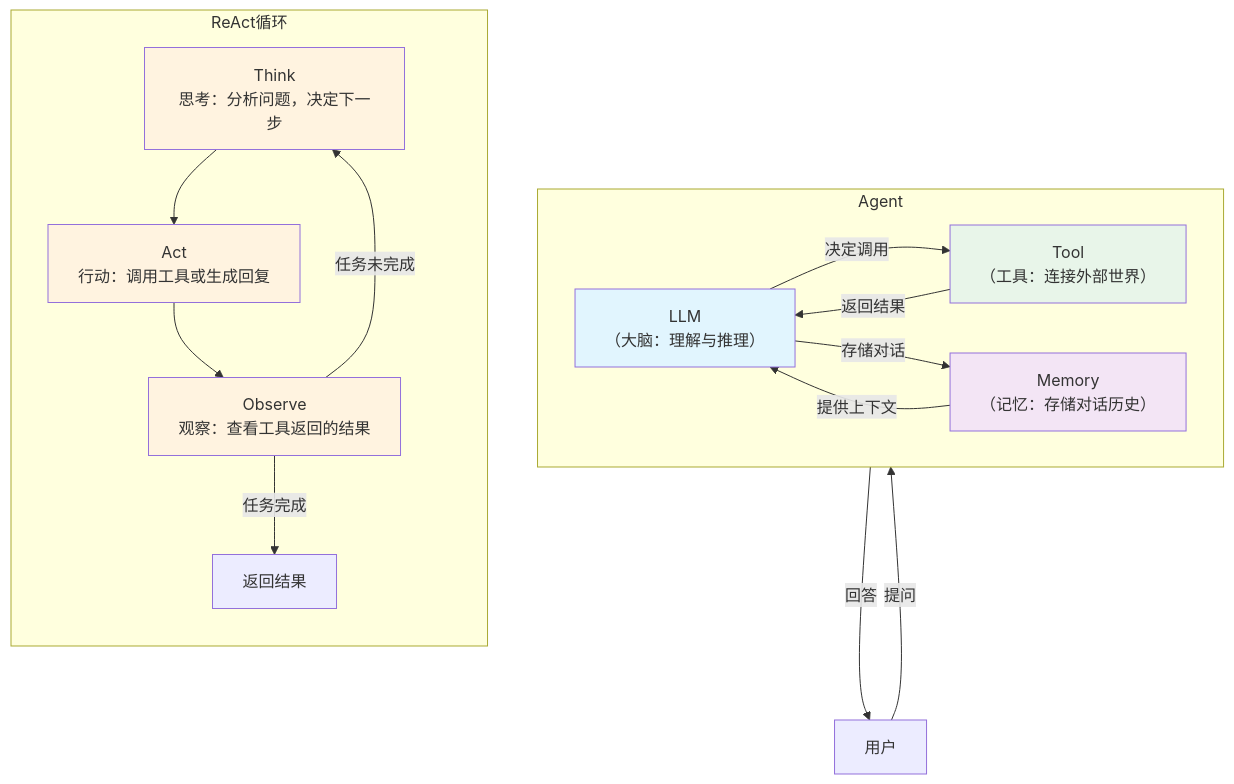
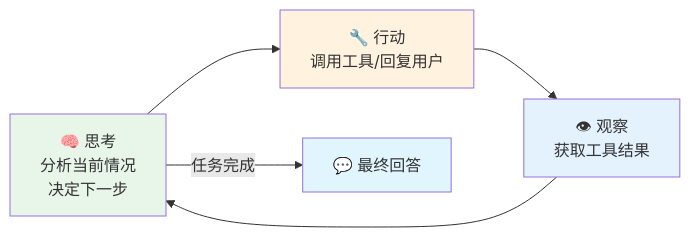
The second of 2 diagrams in teaching/book/volume-0-basics/ch02-what-is-agent.md (agentscope-ai/agentscope), drawn with Mermaid before and after one commit. The commit also changed other lines of this file, not shown here.

First line of the commit message:
docs: write ch02 - what is Agent

````diff
--- a/teaching/book/volume-0-basics/ch02-what-is-agent.md
+++ b/teaching/book/volume-0-basics/ch02-what-is-agent.md
@@ -137,31 +153,13 @@
 ```mermaid
-graph TB
-    subgraph Agent
-        LLM["LLM<br/>（大脑：理解与推理）"]
-        Memory["Memory<br/>（记忆：存储对话历史）"]
-        Tool["Tool<br/>（工具：连接外部世界）"]
-    end
+graph LR
+    Think["🧠 思考<br/>分析当前情况<br/>决定下一步"] --> Act["🔧 行动<br/>调用工具/回复用户"]
+    Act --> Observe["👁 观察<br/>获取工具结果"]
+    Observe --> Think
 
-    User["用户"] -->|"提问"| Agent
-    Agent -->|"回答"| User
+    Think -->|任务完成| Answer["💬 最终回答"]
 
-    LLM -->|"决定调用"| Tool
-    Tool -->|"返回结果"| LLM
-    LLM -->|"存储对话"| Memory
-    Memory -->|"提供上下文"| LLM
-
-    subgraph ReAct循环
-        direction TB
-        Think["Think<br/>思考：分析问题，决定下一步"] --> Act["Act<br/>行动：调用工具或生成回复"]
-        Act --> Observe["Observe<br/>观察：查看工具返回的结果"]
-        Observe -->|"任务未完成"| Think
-        Observe -->|"任务完成"| Done["返回结果"]
-    end
-
-    style LLM fill:#e1f5fe
-    style Memory fill:#f3e5f5
-    style Tool fill:#e8f5e9
-    style Think fill:#fff3e0
+    style Think fill:#e8f5e9
     style Act fill:#fff3e0
-    style Observe fill:#fff3e0
+    style Observe fill:#e3f2fd
+    style Answer fill:#e1f5fe
 ```
````
